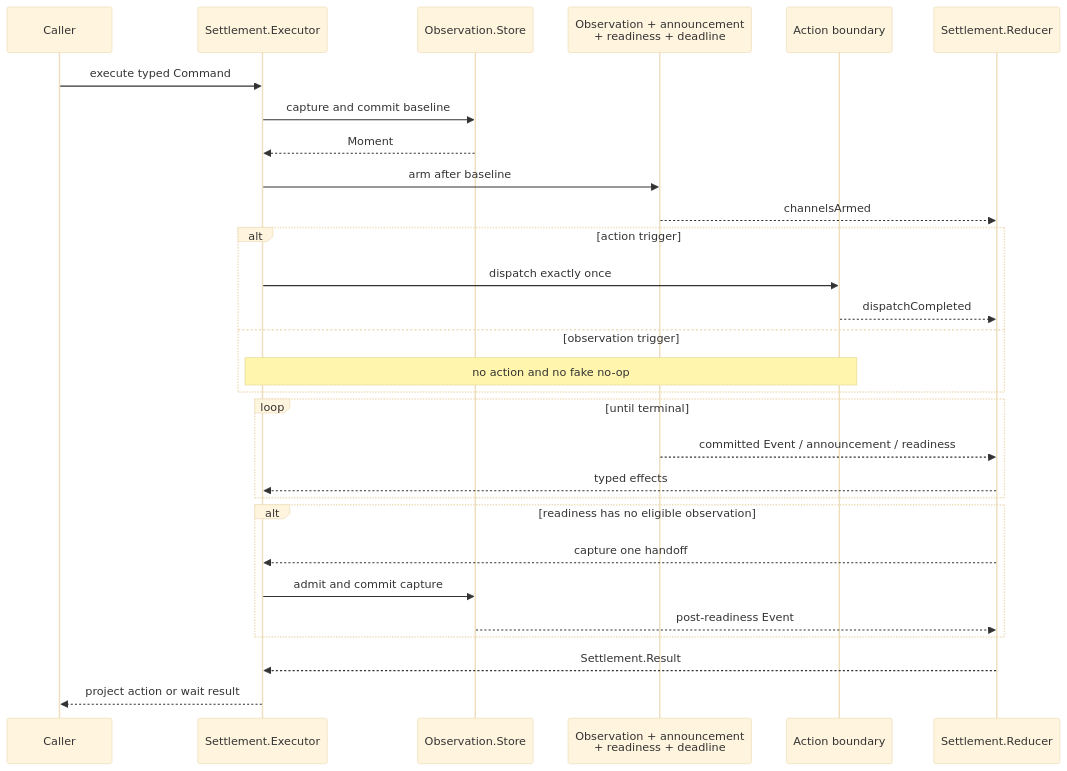
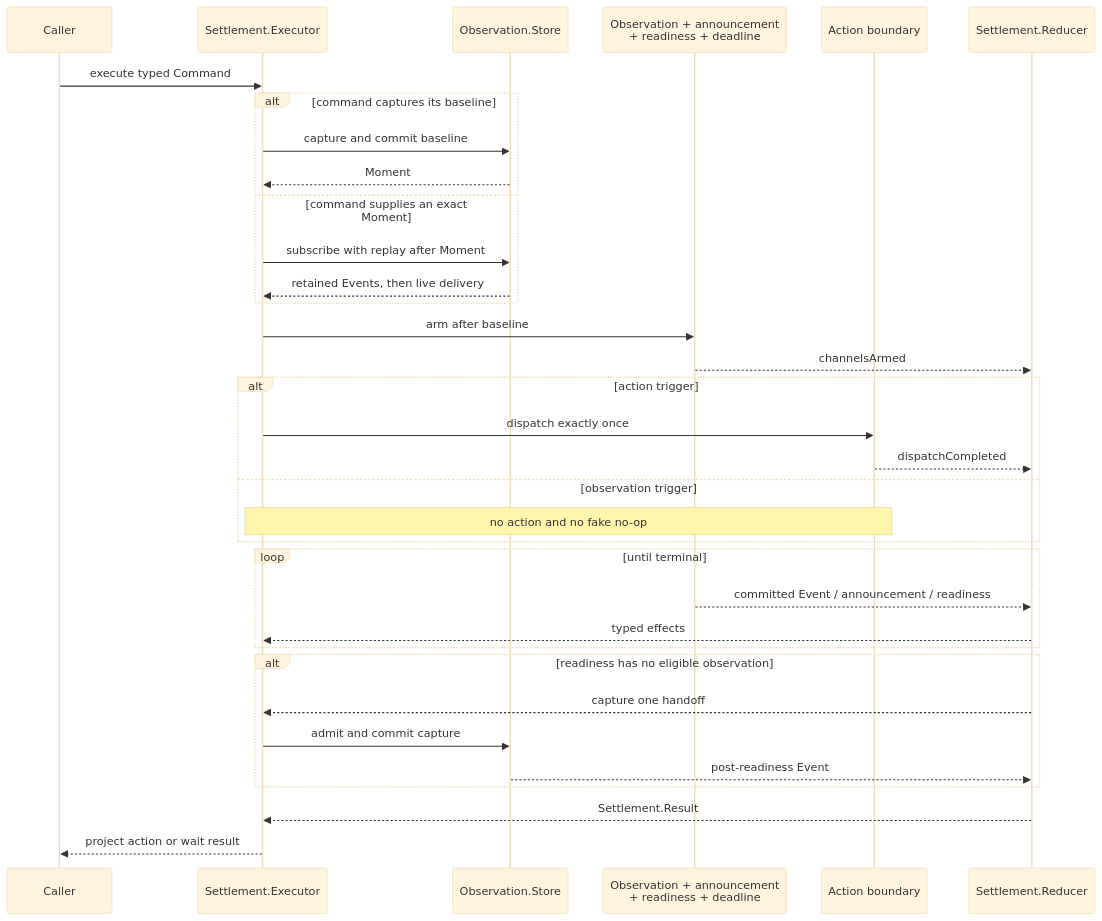
The second of 2 diagrams in docs/diagrams/settle-loop.md (RoyalPineapple/TheButtonHeist), drawn with Mermaid (base theme) before and after one commit. The commit also changed other lines of this file and 101 other files, not shown here.

````diff
--- a/docs/diagrams/settle-loop.md
+++ b/docs/diagrams/settle-loop.md
@@ -54,32 +56,37 @@
 ```mermaid
 sequenceDiagram
     participant Caller
     participant Executor as Settlement.Executor
     participant Store as Observation.Store
     participant Channels as Observation + announcement<br/>+ readiness + deadline
     participant UIKit as Action boundary
     participant Reducer as Settlement.Reducer
 
     Caller->>Executor: execute typed Command
-    Executor->>Store: capture and commit baseline
-    Store-->>Executor: Moment
+    alt command captures its baseline
+        Executor->>Store: capture and commit baseline
+        Store-->>Executor: Moment
+    else command supplies an exact Moment
+        Executor->>Store: subscribe with replay after Moment
+        Store-->>Executor: retained Events, then live delivery
+    end
     Executor->>Channels: arm after baseline
     Channels-->>Reducer: channelsArmed
     alt action trigger
         Executor->>UIKit: dispatch exactly once
         UIKit-->>Reducer: dispatchCompleted
     else observation trigger
         Note over Executor,UIKit: no action and no fake no-op
     end
     loop until terminal
         Channels-->>Reducer: committed Event / announcement / readiness
         Reducer-->>Executor: typed effects
     end
     alt readiness has no eligible observation
         Reducer-->>Executor: capture one handoff
         Executor->>Store: admit and commit capture
         Store-->>Reducer: post-readiness Event
     end
     Reducer-->>Executor: Settlement.Result
     Executor-->>Caller: project action or wait result
 ```
````
